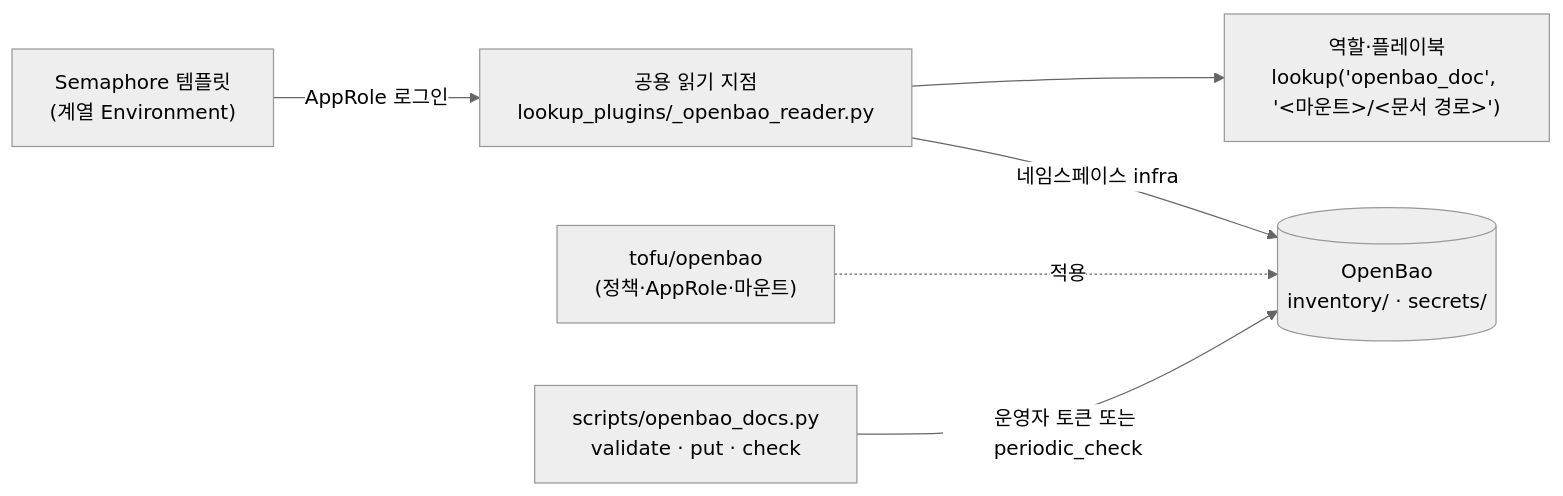
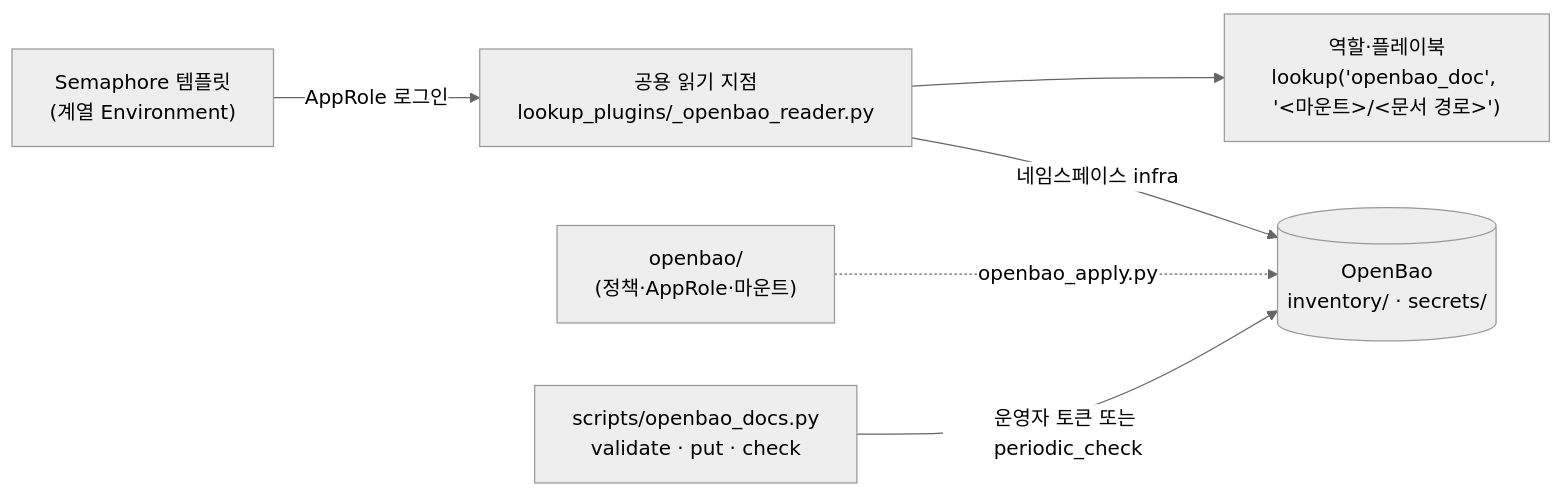
One commit to ppzxc/infra-automation changed the diagram in docs/openbao_integration.md. Above: the diagram before and after it, drawn with Mermaid (neutral theme). The commit also changed other lines of this file and 12 other files, not shown here.

First line of the commit message:
feat: openbao_apply.py로 OpenBao 정책·AppRole·마운트를 plan/apply한다 (#505 변경 2/2)

````diff
--- a/docs/openbao_integration.md
+++ b/docs/openbao_integration.md
@@ -9,8 +9,8 @@
 ```mermaid
 flowchart LR
     Semaphore["Semaphore 템플릿\n(계열 Environment)"] -->|AppRole 로그인| Reader["공용 읽기 지점\nlookup_plugins/_openbao_reader.py"]
     Reader -->|네임스페이스 infra| Bao[("OpenBao\ninventory/ · secrets/")]
     Reader --> Roles["역할·플레이북\nlookup('openbao_doc', '<마운트>/<문서 경로>')"]
-    Tofu["tofu/openbao\n(정책·AppRole·마운트)"] -.->|적용| Bao
+    Code["openbao/\n(정책·AppRole·마운트)"] -.->|openbao_apply.py| Bao
     Tools["scripts/openbao_docs.py\nvalidate · put · check"] -->|운영자 토큰 또는 periodic_check| Bao
 ```
````
